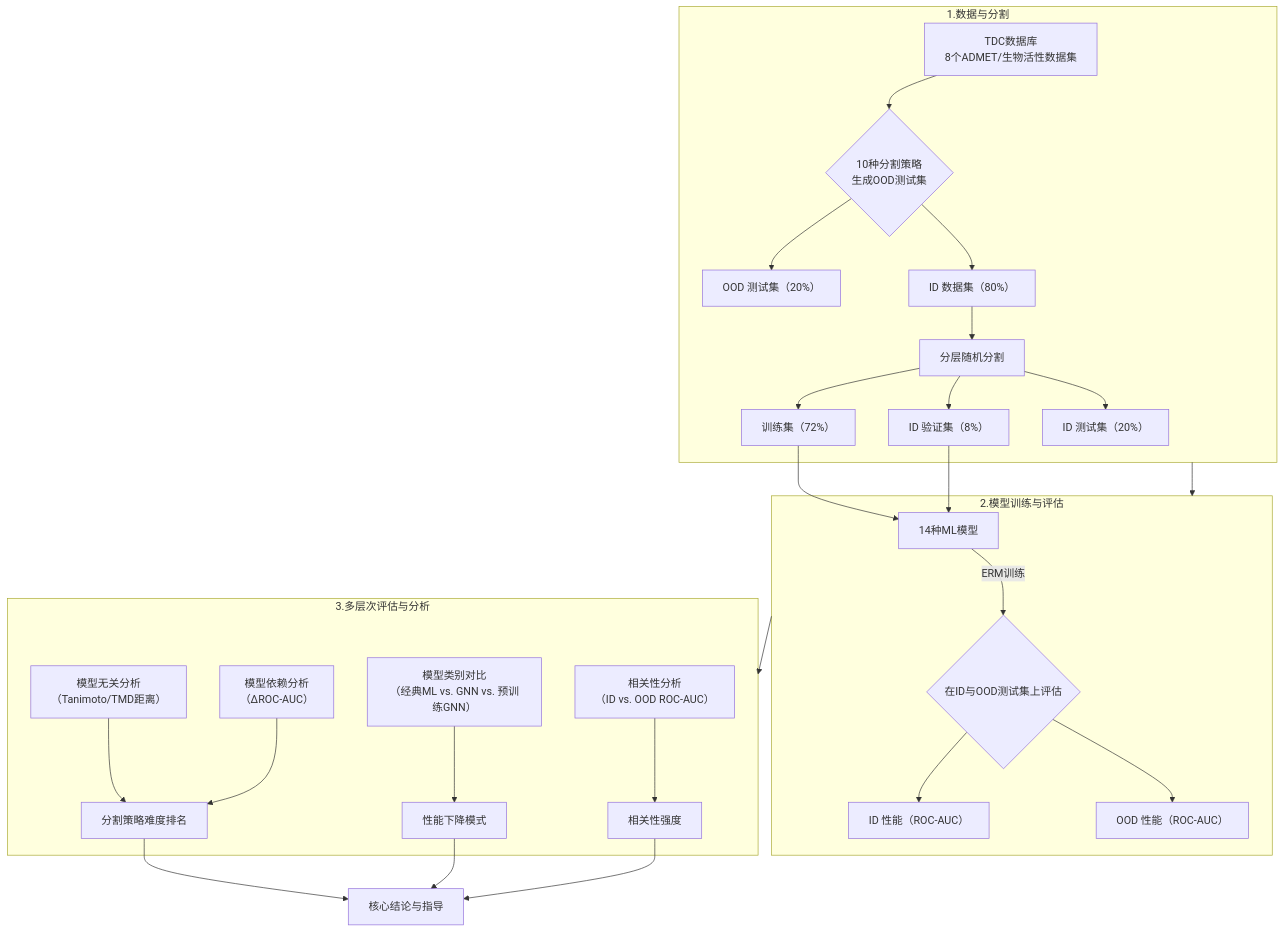
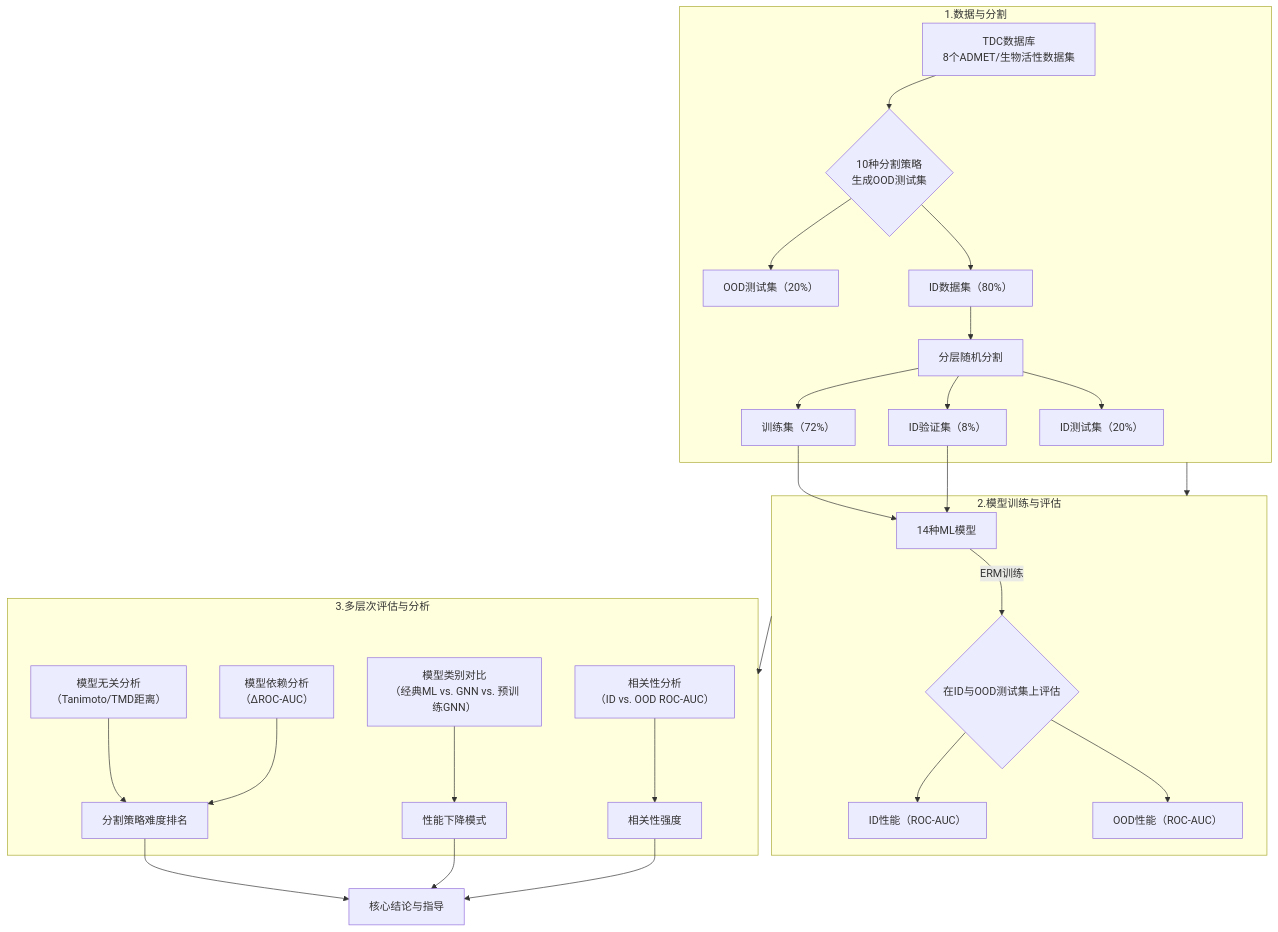
One commit to gxf1212/mendelevium changed the diagram in _pages/Machine Learning & AI/Data/2026-01-22-split-OOD.md. Above: the diagram before and after it, drawn with Mermaid. The commit also changed other lines of this file and 6 other files, not shown here.

````diff
--- a/_pages/Machine Learning & AI/Data/2026-01-22-split-OOD.md
+++ b/_pages/Machine Learning & AI/Data/2026-01-22-split-OOD.md
@@ -59,32 +59,32 @@
 ```mermaid
 graph TB
     subgraph S1["1.数据与分割"]
         D[TDC数据库<br/>8个ADMET/生物活性数据集] --> Split
         Split{"10种分割策略<br/>生成OOD测试集"}
-        Split --> OOD["OOD 测试集（20%）"]
-        Split --> ID["ID 数据集（80%）"]
+        Split --> OOD["OOD测试集（20%）"]
+        Split --> ID["ID数据集（80%）"]
         ID --> Split2["分层随机分割"]
         Split2 --> Train["训练集（72%）"]
-        Split2 --> Val["ID 验证集（8%）"]
-        Split2 --> ID_Test["ID 测试集（20%）"]
+        Split2 --> Val["ID验证集（8%）"]
+        Split2 --> ID_Test["ID测试集（20%）"]
     end
 
     S1 --> S2["2.模型训练与评估"]
     subgraph S2["2.模型训练与评估"]
         Train --> M["14种ML模型"]
         Val --> M
         M --"ERM训练"--> Eval
-        Eval{"在ID与OOD测试集上评估"} --> Perf_ID["ID 性能（ROC-AUC）"]
-        Eval --> Perf_OOD["OOD 性能（ROC-AUC）"]
+        Eval{"在ID与OOD测试集上评估"} --> Perf_ID["ID性能（ROC-AUC）"]
+        Eval --> Perf_OOD["OOD性能（ROC-AUC）"]
     end
 
     S2 --> S3["3.多层次评估与分析"]
     subgraph S3["3.多层次评估与分析"]
         A1["模型无关分析<br/>（Tanimoto/TMD距离）"] --> Rank["分割策略难度排名"]
         A2["模型依赖分析<br/>（ΔROC-AUC）"] --> Rank
         A3["模型类别对比<br/>（经典ML vs. GNN vs. 预训练GNN）"] --> Pattern["性能下降模式"]
         A4["相关性分析<br/>（ID vs. OOD ROC-AUC）"] --> Corr["相关性强度"]
     end
 
     Rank & Pattern & Corr --> C["核心结论与指导"]
 ```
````
